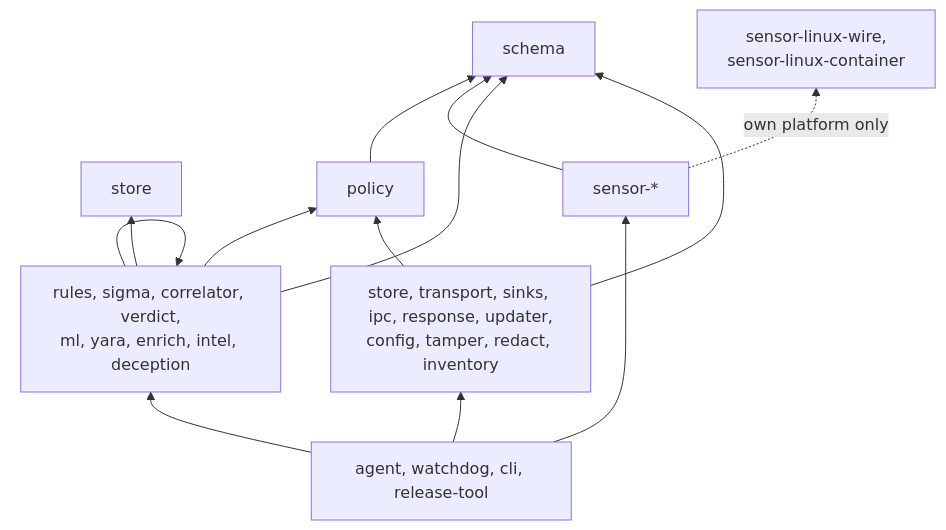
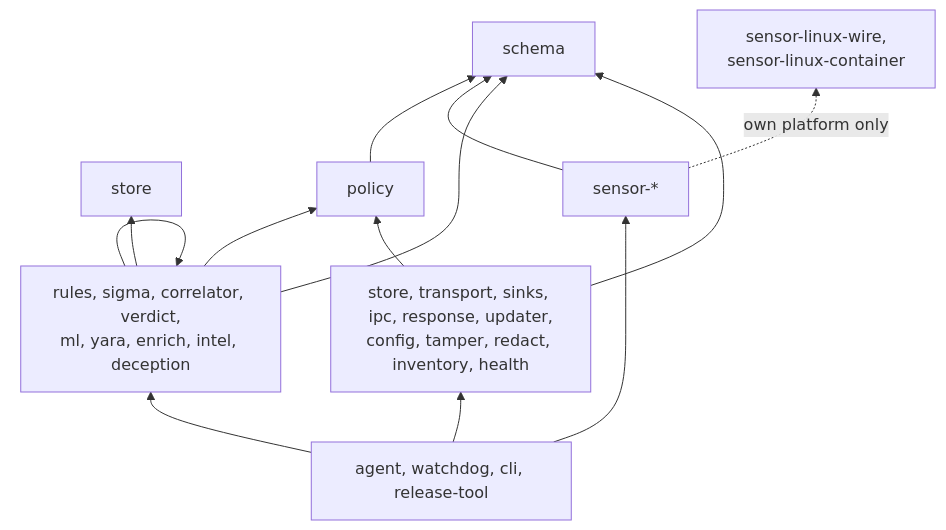
One commit to synthaea-lab/agent changed the second of 2 diagrams in docs/architecture.md. Above: the diagram before and after it, drawn with Mermaid. The commit also changed other lines of this file and 20 other files, not shown here.

````diff
--- a/docs/architecture.md
+++ b/docs/architecture.md
@@ -60,12 +60,12 @@
 ```mermaid
 flowchart BT
   schema[schema]
   policy[policy] --> schema
   sensors["sensor-*"] --> schema
   sensors -.->|own platform only| wire["sensor-linux-wire,<br/>sensor-linux-container"]
   detection["rules, sigma, correlator, verdict,<br/>ml, yara, enrich, intel, deception"] --> schema & policy
   detection --> store[store]
   detection --> detection
-  leaf["store, transport, sinks, ipc, response, updater,<br/>config, tamper, redact, inventory"] --> schema & policy
+  leaf["store, transport, sinks, ipc, response, updater,<br/>config, tamper, redact, inventory, health"] --> schema & policy
   bins["agent, watchdog, cli, release-tool"] --> sensors & detection & leaf
 ```
````
